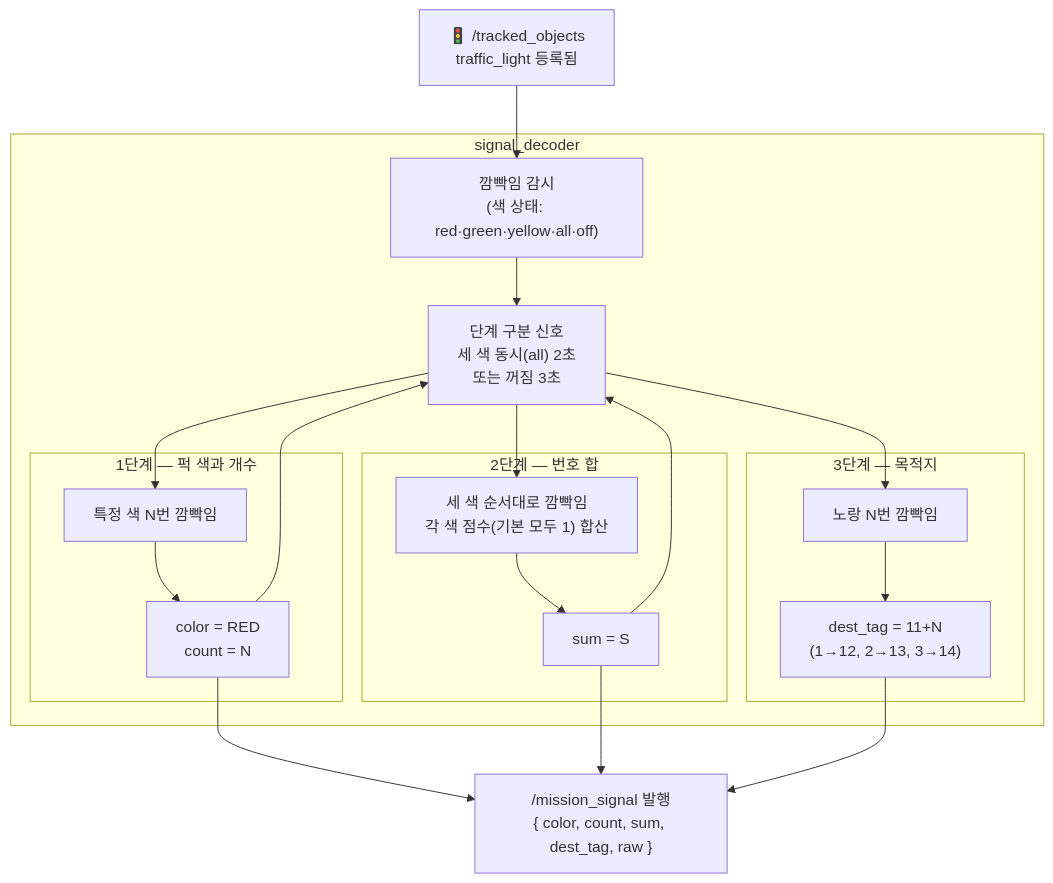
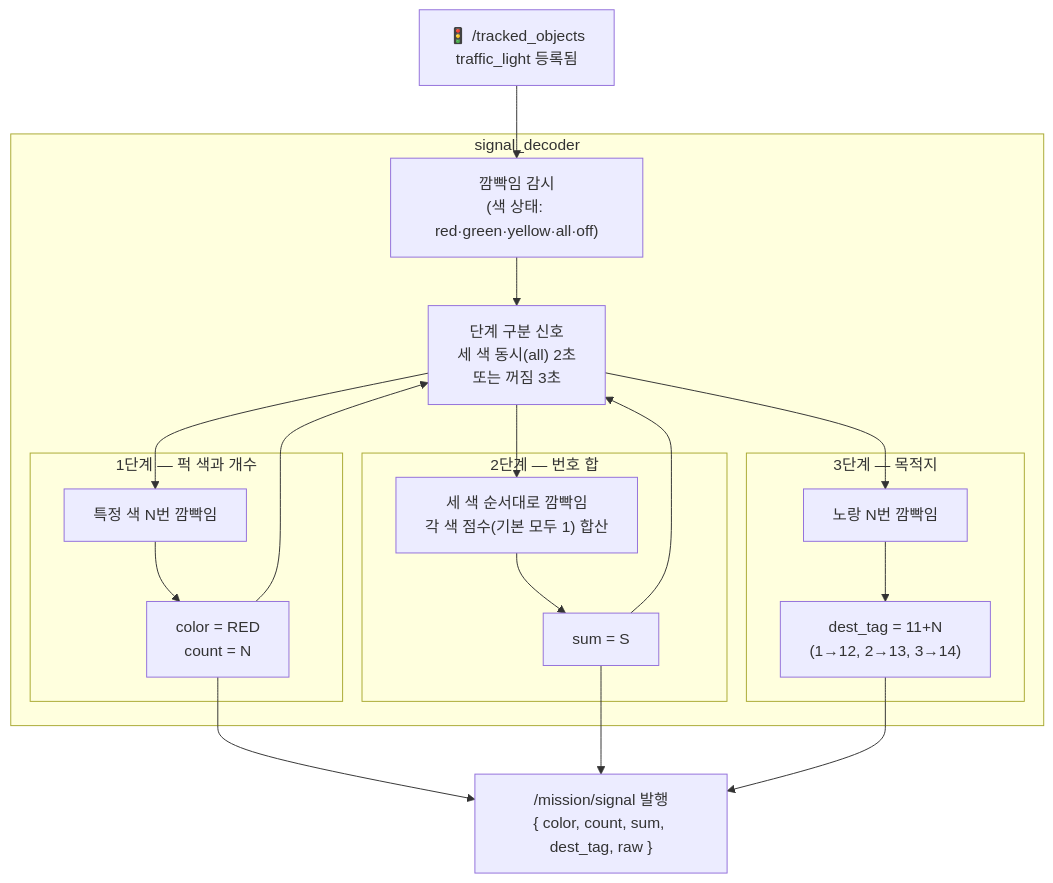
Before and after one commit to SeungHye-J/Lv2_bee_Assignment: the first of 2 diagrams in documents/mission/scenario/03-phase2-signal.md, drawn with Mermaid. The commit also changed other lines of this file and 25 other files, not shown here.

````diff
--- a/documents/mission/scenario/03-phase2-signal.md
+++ b/documents/mission/scenario/03-phase2-signal.md
@@ -7,34 +7,34 @@
 ```mermaid
 flowchart TD
     TL_FOUND["🚦 /tracked_objects\ntraffic_light 등록됨"]
 
     subgraph SD["signal_decoder"]
         WATCH["깜빡임 감시\n(색 상태: red·green·yellow·all·off)"]
 
         subgraph STAGE1["1단계 — 퍽 색과 개수"]
             S1["특정 색 N번 깜빡임"]
             S1_OUT["color = RED\ncount = N"]
         end
 
         subgraph STAGE2["2단계 — 번호 합"]
             S2["세 색 순서대로 깜빡임\n각 색 점수(기본 모두 1) 합산"]
             S2_OUT["sum = S"]
         end
 
         subgraph STAGE3["3단계 — 목적지"]
             S3["노랑 N번 깜빡임"]
             S3_OUT["dest_tag = 11+N\n(1→12, 2→13, 3→14)"]
         end
 
         SEP["단계 구분 신호\n세 색 동시(all) 2초\n또는 꺼짐 3초"]
     end
 
-    RESULT["/mission_signal 발행\n{ color, count, sum, dest_tag, raw }"]
+    RESULT["/mission/signal 발행\n{ color, count, sum, dest_tag, raw }"]
 
     TL_FOUND --> WATCH
     WATCH --> SEP
     SEP --> S1 --> S1_OUT --> SEP
     SEP --> S2 --> S2_OUT --> SEP
     SEP --> S3 --> S3_OUT
     S1_OUT & S2_OUT & S3_OUT --> RESULT
 ```
````
